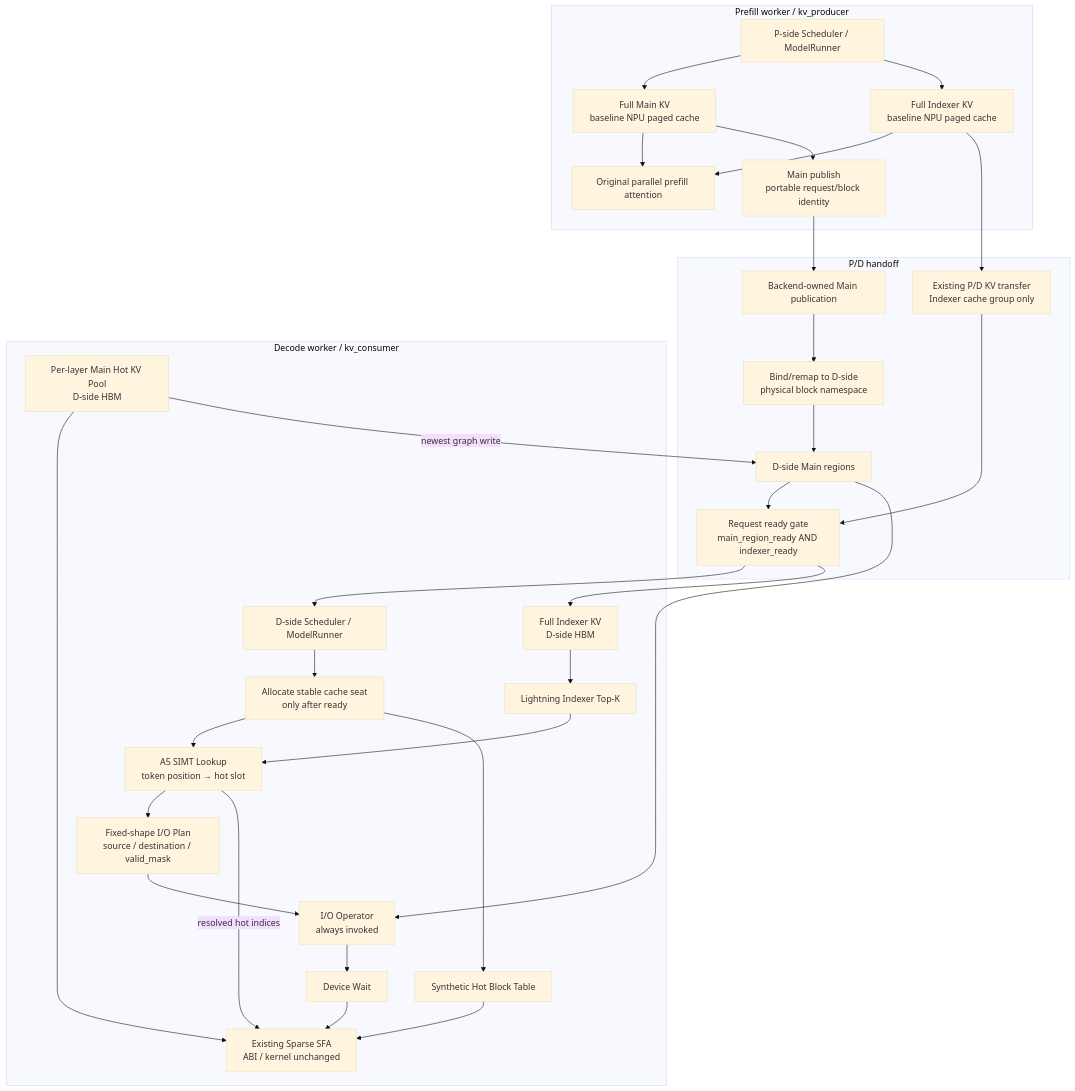
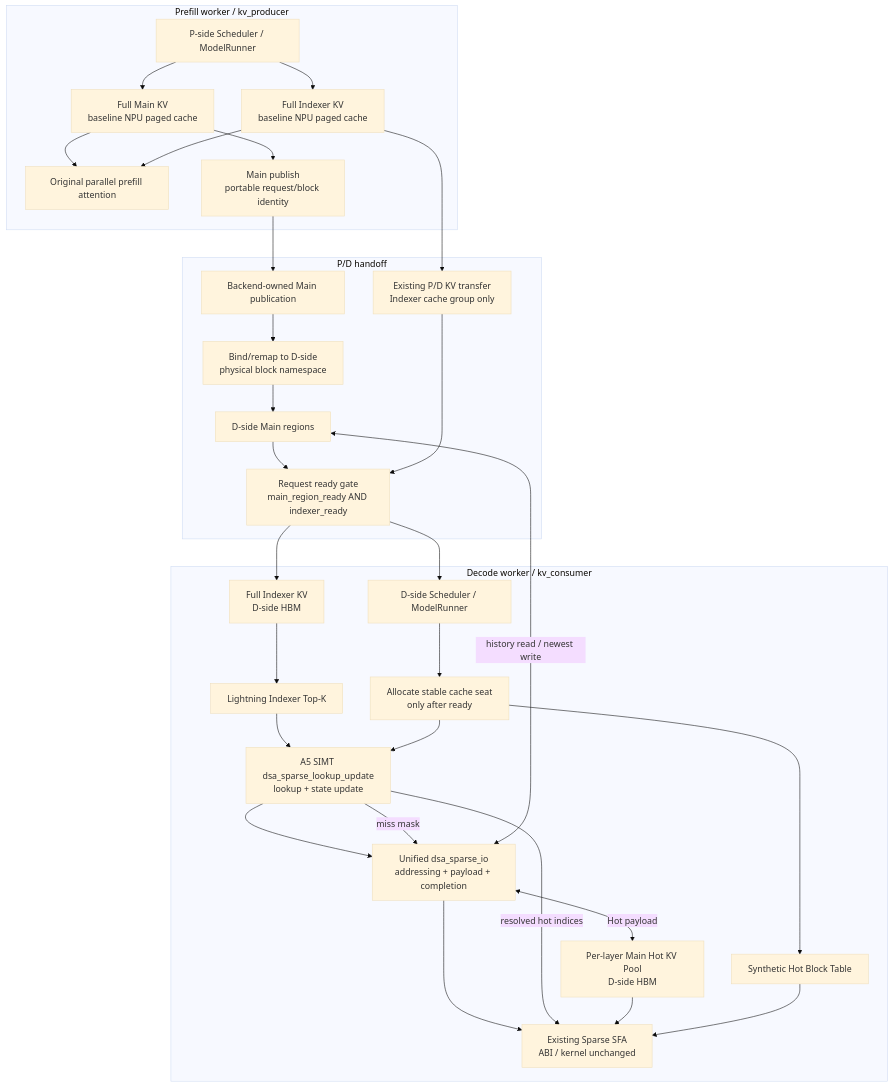
The third of 5 diagrams in docs/A5-Hisparse/glm5-a5-hisparse-development-plan.md (ykfnxx/ASU-Ascend), drawn with Mermaid (base theme) before and after one commit. The commit also changed other lines of this file and 19 other files, not shown here.

Commit message:
docs: consolidate DSA sparse design notes

````diff
--- a/docs/A5-Hisparse/glm5-a5-hisparse-development-plan.md
+++ b/docs/A5-Hisparse/glm5-a5-hisparse-development-plan.md
@@ -401,49 +432,48 @@
 ```mermaid
 flowchart TB
     subgraph P["Prefill worker / kv_producer"]
         PS["P-side Scheduler / ModelRunner"]
         PM["Full Main KV<br/>baseline NPU paged cache"]
         PI["Full Indexer KV<br/>baseline NPU paged cache"]
         PA["Original parallel prefill attention"]
         PUB["Main publish<br/>portable request/block identity"]
         PS --> PM
         PS --> PI
         PM --> PA
         PI --> PA
         PM --> PUB
     end
 
     subgraph X["P/D handoff"]
         BK["Backend-owned Main publication"]
         IX["Existing P/D KV transfer<br/>Indexer cache group only"]
         BIND["Bind/remap to D-side<br/>physical block namespace"]
         BR["D-side Main regions"]
         READY["Request ready gate<br/>main_region_ready AND indexer_ready"]
         PUB --> BK --> BIND --> BR --> READY
         PI --> IX --> READY
     end
 
     subgraph D["Decode worker / kv_consumer"]
         DS["D-side Scheduler / ModelRunner"]
         I["Full Indexer KV<br/>D-side HBM"]
         SEAT["Allocate stable cache seat<br/>only after ready"]
         T["Lightning Indexer Top-K"]
-        L["A5 SIMT Lookup<br/>token position → hot slot"]
-        PLAN["Fixed-shape I/O Plan<br/>source / destination / valid_mask"]
-        IO["I/O Operator<br/>always invoked"]
-        W["Device Wait"]
+        L["A5 SIMT dsa_sparse_lookup_update<br/>lookup + state update"]
+        IO["Unified dsa_sparse_io<br/>addressing + payload + completion"]
         H["Per-layer Main Hot KV Pool<br/>D-side HBM"]
         BT["Synthetic Hot Block Table"]
         A["Existing Sparse SFA<br/>ABI / kernel unchanged"]
         READY --> DS --> SEAT
         READY --> I
-        I --> T --> L --> PLAN --> IO --> W --> A
+        I --> T --> L --> IO --> A
         L -->|"resolved hot indices"| A
+        L -->|"miss mask"| IO
         H --> A
         BT --> A
         SEAT --> L
         SEAT --> BT
-        BR --> IO
-        H -->|"newest graph write"| BR
+        BR <-->|"history read / newest write"| IO
+        IO <-->|"Hot payload"| H
     end
 ```
````
